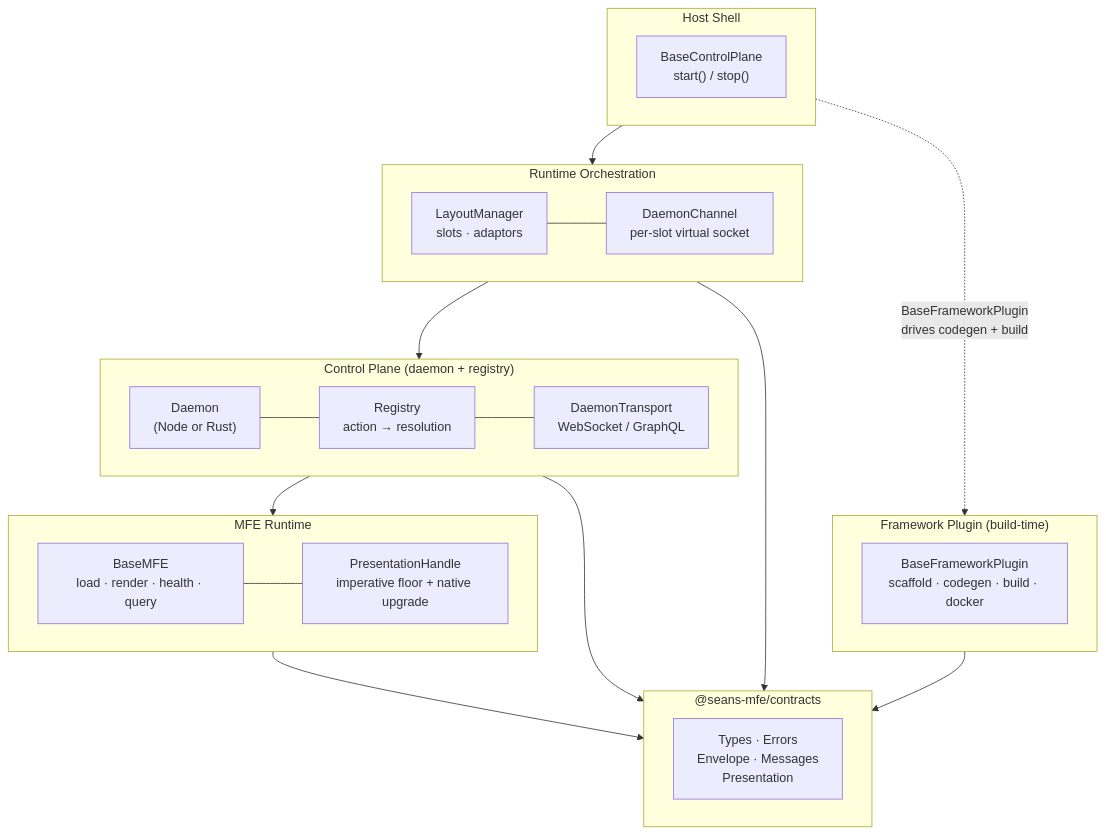
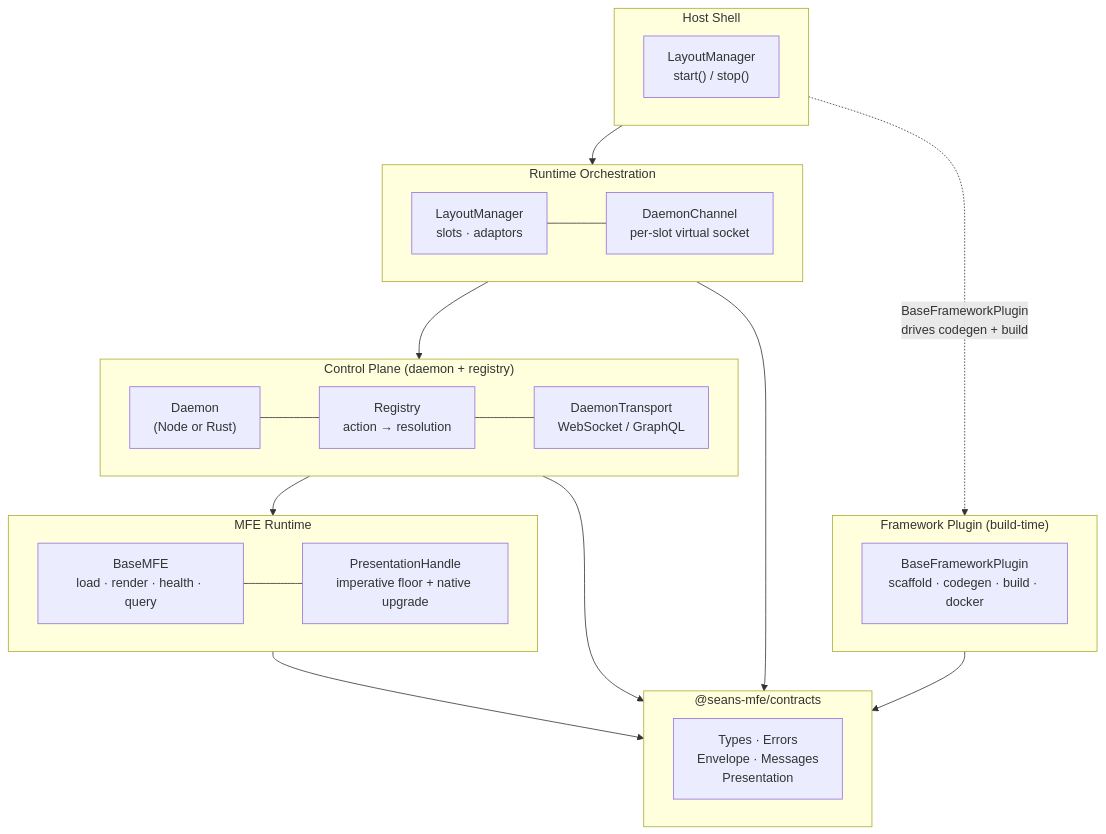
The first of 24 diagrams in docs/architecture-whitepaper.md (falese/seans-mfe-tool), drawn with Mermaid before and after one commit. The commit also changed other lines of this file and 20 other files, not shown here.

````diff
--- a/docs/architecture-whitepaper.md
+++ b/docs/architecture-whitepaper.md
@@ -82,49 +82,49 @@
 ```mermaid
 flowchart TB
     subgraph HOST["Host Shell"]
         direction LR
-        CP["BaseControlPlane\nstart() / stop()"]
+        CP["LayoutManager\nstart() / stop()"]
     end
 
     subgraph ORCHESTRATION["Runtime Orchestration"]
         direction LR
         LM["LayoutManager\nslots · adaptors"]
         DC["DaemonChannel\nper-slot virtual socket"]
         LM --- DC
     end
 
     subgraph CONTROLPLANE["Control Plane (daemon + registry)"]
         direction LR
         D["Daemon\n(Node or Rust)"]
         R["Registry\naction → resolution"]
         T["DaemonTransport\nWebSocket / GraphQL"]
         D --- R
         R --- T
     end
 
     subgraph MFE["MFE Runtime"]
         direction LR
         BMFE["BaseMFE\nload · render · health · query"]
         PH["PresentationHandle\nimperative floor + native upgrade"]
         BMFE --- PH
     end
 
     subgraph CONTRACTS["@seans-mfe/contracts"]
         direction LR
         TYPES["Types · Errors\nEnvelope · Messages\nPresentation"]
     end
 
     HOST --> ORCHESTRATION
     ORCHESTRATION --> CONTROLPLANE
     CONTROLPLANE --> MFE
     MFE --> CONTRACTS
     ORCHESTRATION --> CONTRACTS
     CONTROLPLANE --> CONTRACTS
 
     subgraph PLUGIN["Framework Plugin (build-time)"]
         FP["BaseFrameworkPlugin\nscaffold · codegen · build · docker"]
     end
 
     HOST -.->|"BaseFrameworkPlugin\ndrives codegen + build"| PLUGIN
     PLUGIN --> CONTRACTS
 ```
````
